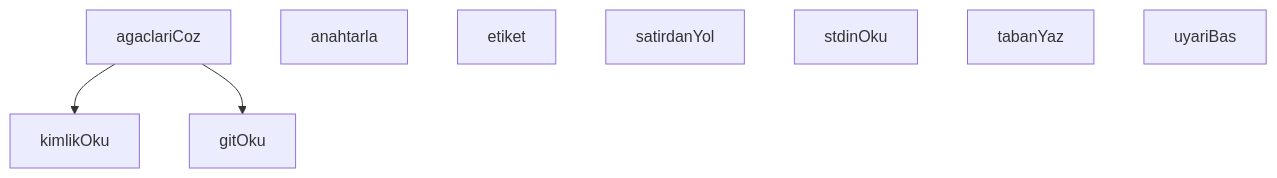
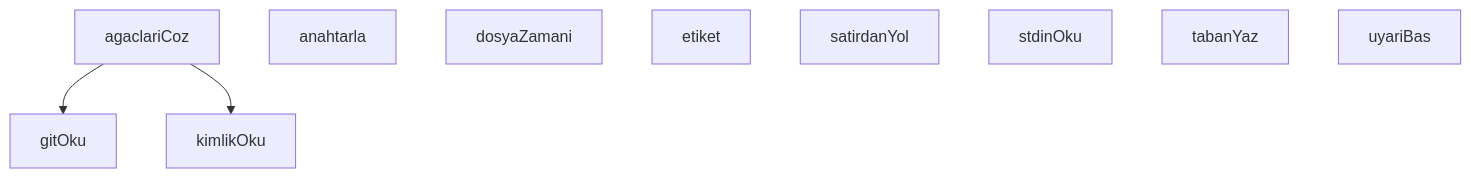
The diagram in .claude/hooks/bash-write-audit.md (peckop/venthub-hvac-esite), drawn with Mermaid before and after one commit. The commit also changed other lines of this file and 2 other files, not shown here.

````diff
--- a/.claude/hooks/bash-write-audit.md
+++ b/.claude/hooks/bash-write-audit.md
@@ -158,14 +180,15 @@
 ```mermaid
 graph TD
     bash-write-audit_cjs__agaclariCoz["agaclariCoz"]
     bash-write-audit_cjs__anahtarla["anahtarla"]
+    bash-write-audit_cjs__dosyaZamani["dosyaZamani"]
     bash-write-audit_cjs__etiket["etiket"]
     bash-write-audit_cjs__gitOku["gitOku"]
     bash-write-audit_cjs__kimlikOku["kimlikOku"]
     bash-write-audit_cjs__satirdanYol["satirdanYol"]
     bash-write-audit_cjs__stdinOku["stdinOku"]
     bash-write-audit_cjs__tabanYaz["tabanYaz"]
     bash-write-audit_cjs__uyariBas["uyariBas"]
+    bash-write-audit_cjs__agaclariCoz --> bash-write-audit_cjs__gitOku
     bash-write-audit_cjs__agaclariCoz --> bash-write-audit_cjs__kimlikOku
-    bash-write-audit_cjs__agaclariCoz --> bash-write-audit_cjs__gitOku
 ```
````
